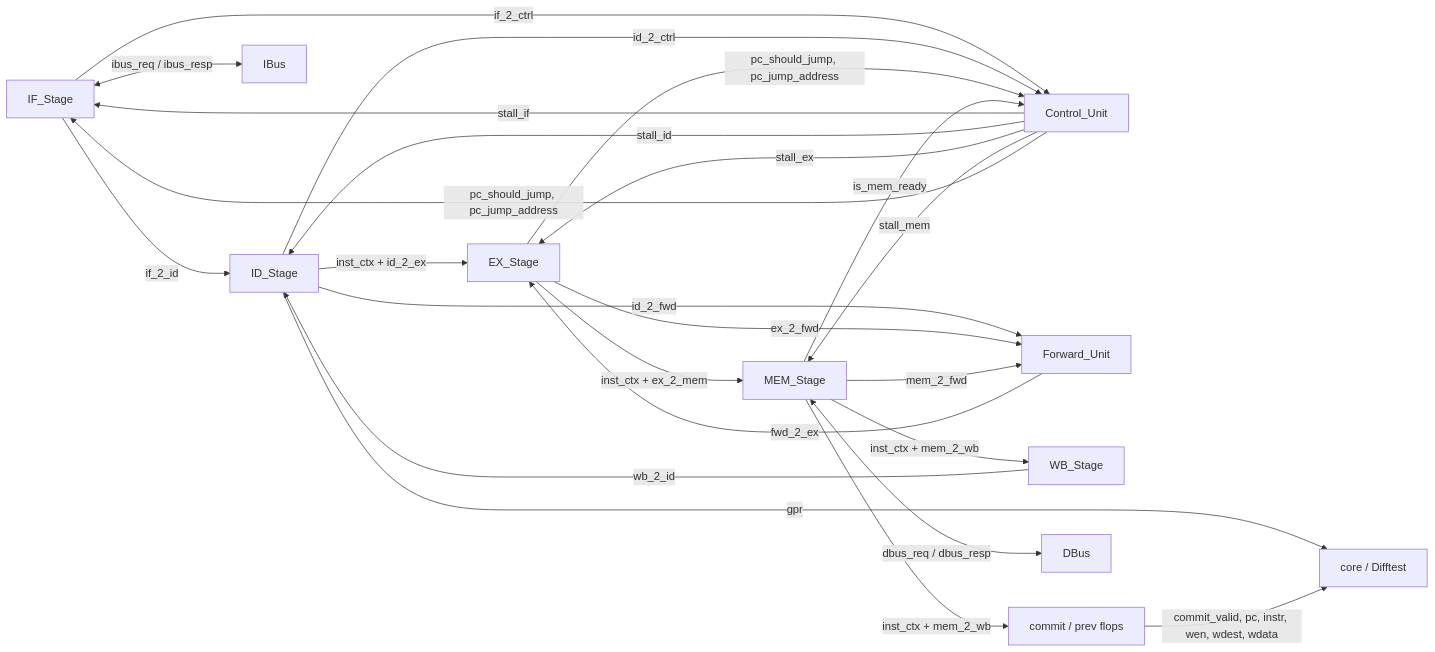
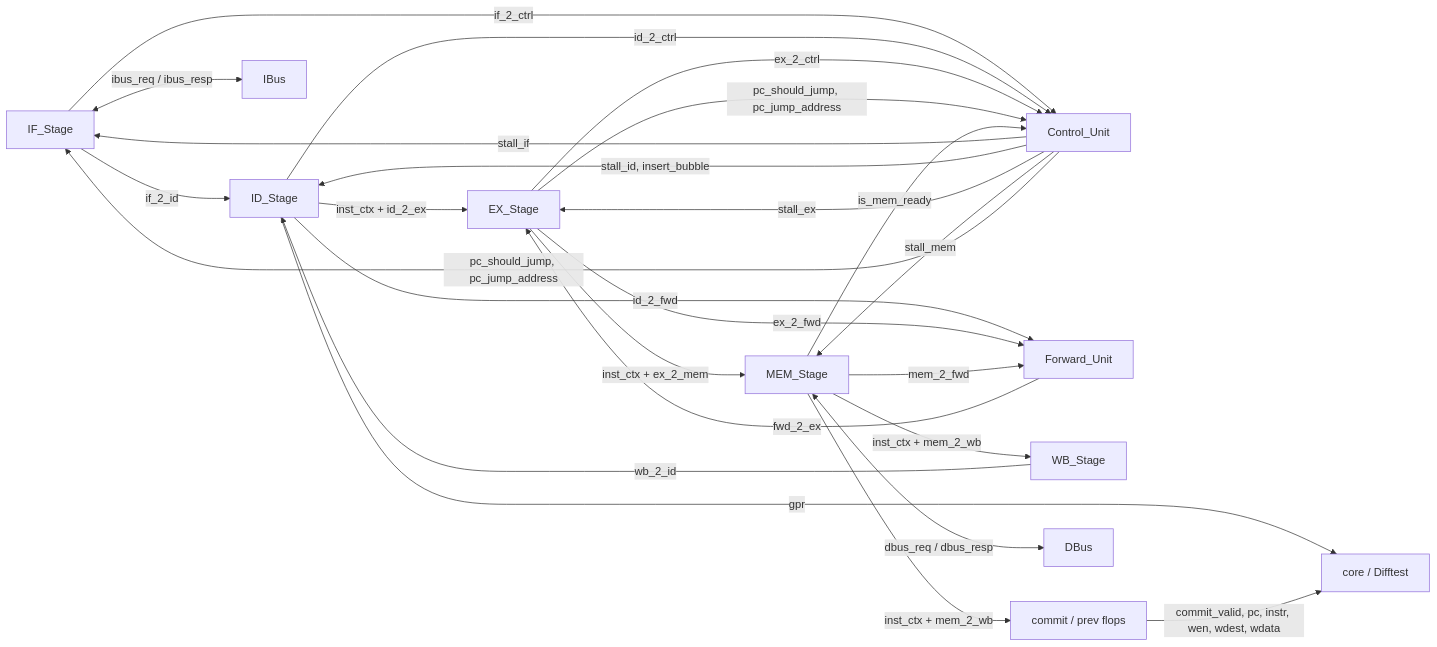
One commit to zhao-jingyan/26-Arch changed the sixth of 6 diagrams in design/arch_v2.md. Above: the diagram before and after it, drawn with Mermaid. The commit also changed other lines of this file and 6 other files, not shown here.

````diff
--- a/design/arch_v2.md
+++ b/design/arch_v2.md
@@ -817,34 +828,35 @@
 ```mermaid
 flowchart LR
     IFStage[IF_Stage] -->|if_2_id| IDStage[ID_Stage]
     IFStage -->|if_2_ctrl| Ctrl[Control_Unit]
 
     IDStage -->|inst_ctx + id_2_ex| EXStage[EX_Stage]
     IDStage -->|id_2_fwd| FWD[Forward_Unit]
     IDStage -->|id_2_ctrl| Ctrl
     IDStage -->|gpr| CoreOut[core / Difftest]
 
     EXStage -->|inst_ctx + ex_2_mem| MEMStage[MEM_Stage]
     EXStage -->|ex_2_fwd| FWD
+    EXStage -->|ex_2_ctrl| Ctrl
     EXStage -->|pc_should_jump, pc_jump_address| Ctrl
 
     MEMStage -->|inst_ctx + mem_2_wb| WBStage[WB_Stage]
     MEMStage -->|mem_2_fwd| FWD
     MEMStage -->|is_mem_ready| Ctrl
     MEMStage -->|inst_ctx + mem_2_wb| Commit["commit / prev flops"]
 
     WBStage -->|wb_2_id| IDStage
 
     FWD -->|fwd_2_ex| EXStage
 
     Ctrl -->|stall_if| IFStage
-    Ctrl -->|stall_id| IDStage
+    Ctrl -->|stall_id, insert_bubble| IDStage
     Ctrl -->|stall_ex| EXStage
     Ctrl -->|stall_mem| MEMStage
     Ctrl -->|pc_should_jump, pc_jump_address| IFStage
 
     IFStage <-->|ibus_req / ibus_resp| IBus
     MEMStage <-->|dbus_req / dbus_resp| DBus
 
     Commit -->|commit_valid, pc, instr, wen, wdest, wdata| CoreOut
 ```
````
